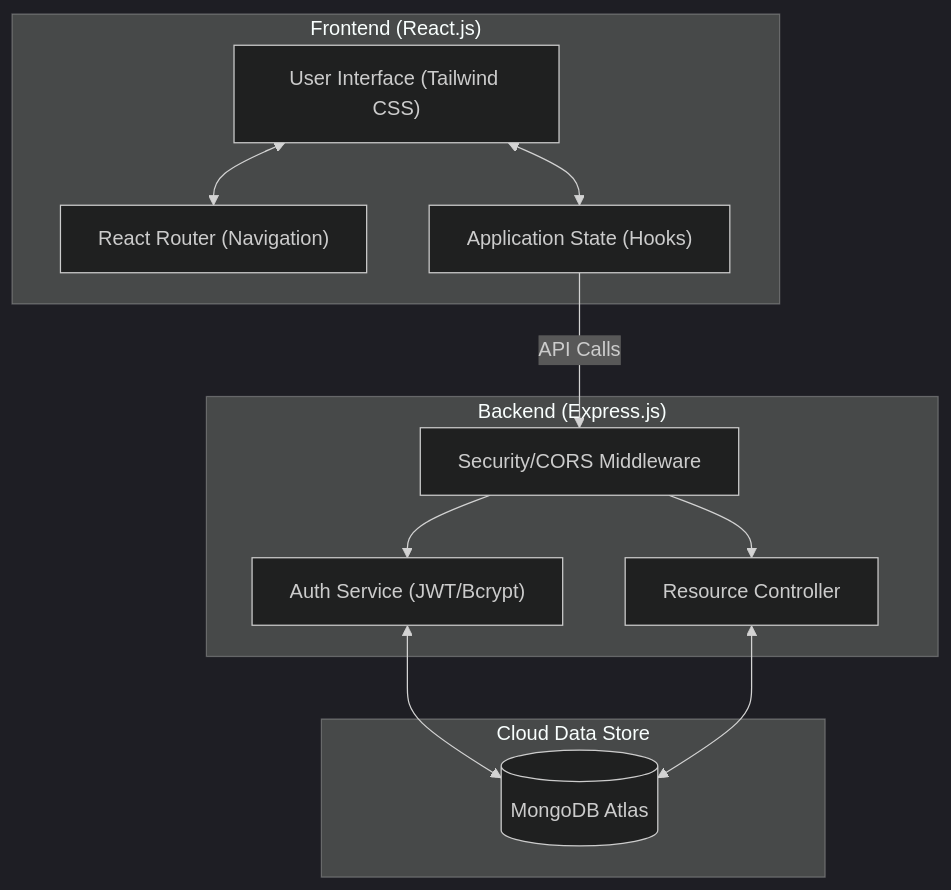
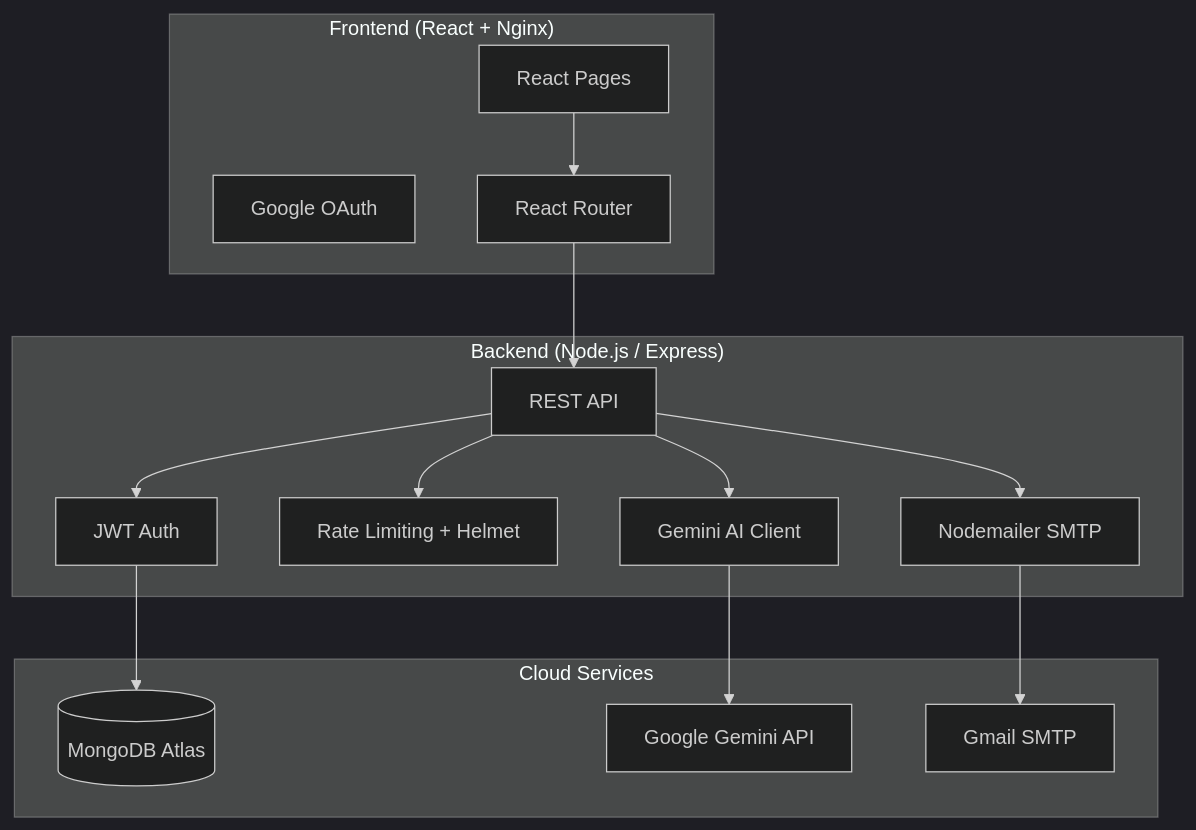
The diagram in Interview-Prep/README.md (git-dev-crs/Interview-Prep), drawn with Mermaid (dark theme) before and after one commit. The commit also changed other lines of this file, not shown here.

````diff
--- a/Interview-Prep/README.md
+++ b/Interview-Prep/README.md
@@ -16,26 +32,32 @@
 ```mermaid
 graph TD
-    subgraph Client ["Frontend (React.js)"]
-        UI["User Interface (Tailwind CSS)"]
-        Router["React Router (Navigation)"]
-        State["Application State (Hooks)"]
+    subgraph Frontend["Frontend (React + Nginx)"]
+        UI["React Pages"]
+        Auth["Google OAuth"]
+        Router["React Router"]
     end
 
-    subgraph Server ["Backend (Express.js)"]
-        Auth["Auth Service (JWT/Bcrypt)"]
-        Res["Resource Controller"]
-        Middleware["Security/CORS Middleware"]
+    subgraph Backend["Backend (Node.js / Express)"]
+        API["REST API"]
+        JWT["JWT Auth"]
+        Security["Rate Limiting + Helmet"]
+        Gemini["Gemini AI Client"]
+        Mailer["Nodemailer SMTP"]
     end
 
-    subgraph Database ["Cloud Data Store"]
+    subgraph Cloud["Cloud Services"]
         Atlas[("MongoDB Atlas")]
+        GeminiAPI["Google Gemini API"]
+        Gmail["Gmail SMTP"]
     end
 
-    UI <--> Router
-    UI <--> State
-    State -- API Calls --> Middleware
-    Middleware --> Auth
-    Middleware --> Res
-    Auth <--> Atlas
-    Res <--> Atlas
+    UI --> Router
+    Router --> API
+    API --> JWT
+    API --> Security
+    API --> Gemini
+    API --> Mailer
+    JWT --> Atlas
+    Gemini --> GeminiAPI
+    Mailer --> Gmail
 ```
````
